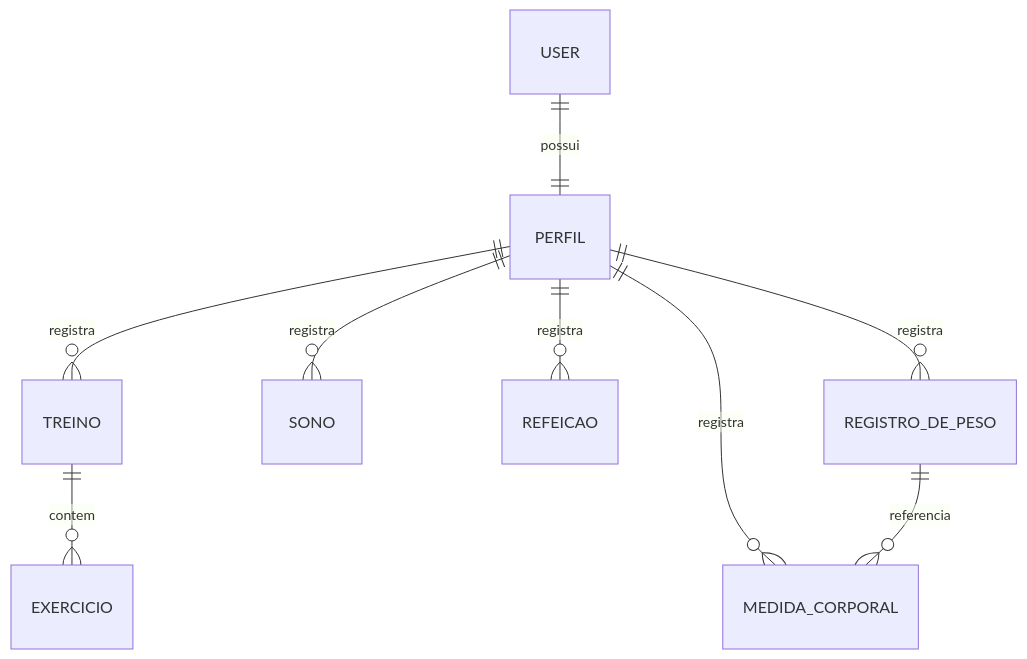
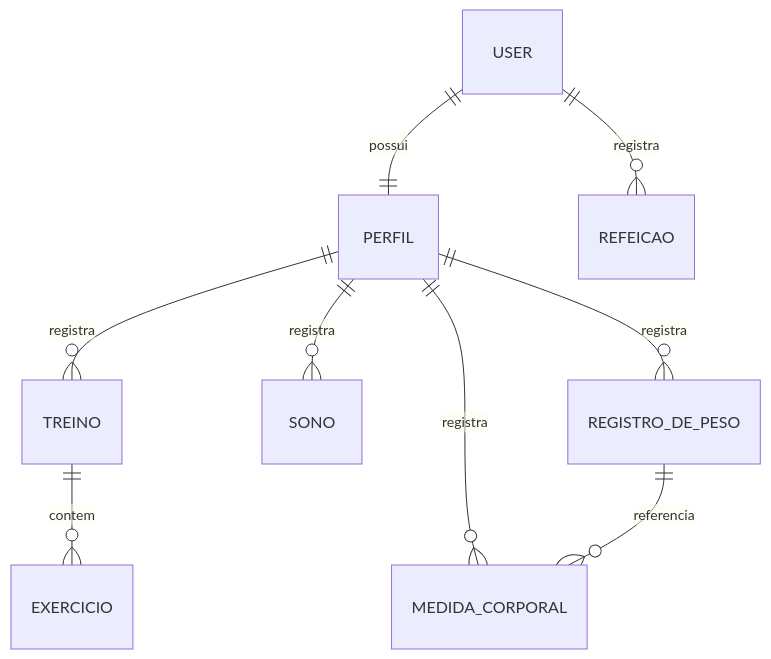
One commit to licciardicarol/Pulse-Projeto changed the diagram in docs/domain-model.md. Above: the diagram before and after it, drawn with Mermaid. The commit also changed other lines of this file and 45 other files, not shown here.

````diff
--- a/docs/domain-model.md
+++ b/docs/domain-model.md
@@ -219,11 +227,11 @@
 ```mermaid
 erDiagram
     USER ||--|| PERFIL : possui
     PERFIL ||--o{ TREINO : registra
     TREINO ||--o{ EXERCICIO : contem
     PERFIL ||--o{ SONO : registra
-    PERFIL ||--o{ REFEICAO : registra
+    USER ||--o{ REFEICAO : registra
     PERFIL ||--o{ REGISTRO_DE_PESO : registra
     PERFIL ||--o{ MEDIDA_CORPORAL : registra
     REGISTRO_DE_PESO ||--o{ MEDIDA_CORPORAL : referencia
 ```
````
